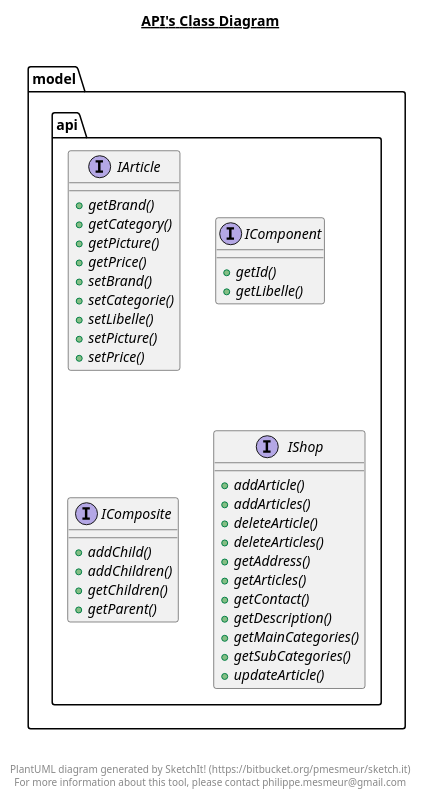
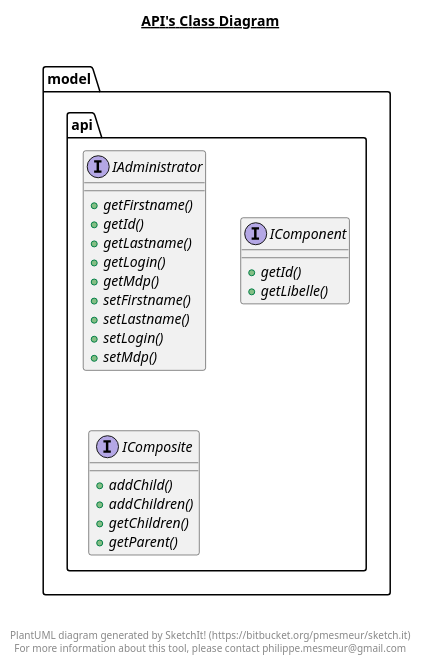
Before and after one commit to assane-sakho/ArchSI_Td_Angular: the diagram in src/model/api/api.plantuml, drawn with PlantUML. The commit also changed 4 other files, not shown here.

Commit message:
Update schema

```diff
--- a/src/model/api/api.plantuml
+++ b/src/model/api/api.plantuml
@@ -1,64 +1,47 @@
 @startuml
 
 title __API's Class Diagram__\n
 
   namespace model.api {
-    interface model.api.IArticle {
-        {abstract} + getBrand()
-        {abstract} + getCategory()
-        {abstract} + getPicture()
-        {abstract} + getPrice()
-        {abstract} + setBrand()
-        {abstract} + setCategorie()
-        {abstract} + setLibelle()
-        {abstract} + setPicture()
-        {abstract} + setPrice()
+    interface model.api.IAdministrator {
+        {abstract} + getFirstname()
+        {abstract} + getId()
+        {abstract} + getLastname()
+        {abstract} + getLogin()
+        {abstract} + getMdp()
+        {abstract} + setFirstname()
+        {abstract} + setLastname()
+        {abstract} + setLogin()
+        {abstract} + setMdp()
     }
   }
   
 
   namespace model.api {
     interface model.api.IComponent {
         {abstract} + getId()
         {abstract} + getLibelle()
     }
   }
   
 
   namespace model.api {
     interface model.api.IComposite {
         {abstract} + addChild()
         {abstract} + addChildren()
         {abstract} + getChildren()
         {abstract} + getParent()
     }
   }
   
 
-  namespace model.api {
-    interface model.api.IShop {
-        {abstract} + addArticle()
-        {abstract} + addArticles()
-        {abstract} + deleteArticle()
-        {abstract} + deleteArticles()
-        {abstract} + getAddress()
-        {abstract} + getArticles()
-        {abstract} + getContact()
-        {abstract} + getDescription()
-        {abstract} + getMainCategories()
-        {abstract} + getSubCategories()
-        {abstract} + updateArticle()
-    }
-  }
-  
-
 
 
 right footer
 
 
 PlantUML diagram generated by SketchIt! (https://bitbucket.org/pmesmeur/sketch.it)
 For more information about this tool, please contact philippe.mesmeur@gmail.com
 endfooter
 
 @enduml
```
